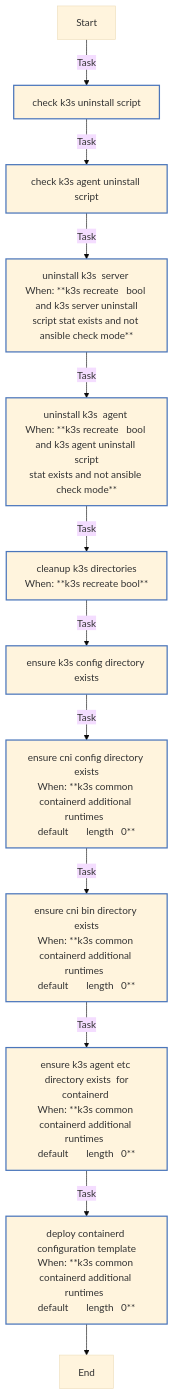
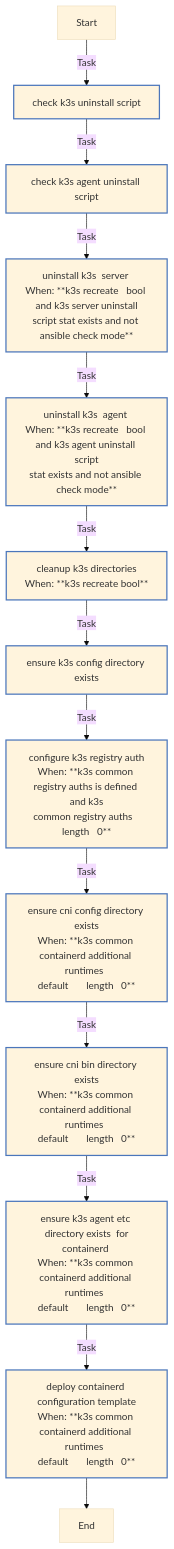
Before and after one commit to rou-cru/k3s-homelab: the diagram in roles/k3s_common/README.md, drawn with Mermaid (base theme). The commit also changed other lines of this file and 41 other files, not shown here.

````diff
--- a/roles/k3s_common/README.md
+++ b/roles/k3s_common/README.md
@@ -85,24 +50,25 @@
 ```mermaid
 flowchart TD
 Start
 classDef block stroke:#3498db,stroke-width:2px;
 classDef task stroke:#4b76bb,stroke-width:2px;
 classDef includeTasks stroke:#16a085,stroke-width:2px;
 classDef importTasks stroke:#34495e,stroke-width:2px;
 classDef includeRole stroke:#2980b9,stroke-width:2px;
 classDef importRole stroke:#699ba7,stroke-width:2px;
 classDef includeVars stroke:#8e44ad,stroke-width:2px;
 classDef rescue stroke:#665352,stroke-width:2px;
 
   Start-->|Task| Check_K3s_uninstall_script0[check k3s uninstall script]:::task
   Check_K3s_uninstall_script0-->|Task| Check_K3s_agent_uninstall_script1[check k3s agent uninstall script]:::task
   Check_K3s_agent_uninstall_script1-->|Task| Uninstall_K3s__Server_2[uninstall k3s  server <br>When: **k3s recreate   bool and k3s server uninstall<br>script stat exists and not ansible check mode**]:::task
   Uninstall_K3s__Server_2-->|Task| Uninstall_K3s__Agent_3[uninstall k3s  agent <br>When: **k3s recreate   bool and k3s agent uninstall script<br>stat exists and not ansible check mode**]:::task
   Uninstall_K3s__Agent_3-->|Task| Cleanup_K3s_directories4[cleanup k3s directories<br>When: **k3s recreate   bool**]:::task
   Cleanup_K3s_directories4-->|Task| Ensure_K3s_config_directory_exists5[ensure k3s config directory exists]:::task
-  Ensure_K3s_config_directory_exists5-->|Task| Ensure_CNI_config_directory_exists6[ensure cni config directory exists<br>When: **k3s common containerd additional runtimes  <br>default       length   0**]:::task
-  Ensure_CNI_config_directory_exists6-->|Task| Ensure_CNI_bin_directory_exists7[ensure cni bin directory exists<br>When: **k3s common containerd additional runtimes  <br>default       length   0**]:::task
-  Ensure_CNI_bin_directory_exists7-->|Task| Ensure_K3s_agent_etc_directory_exists__for_containerd_8[ensure k3s agent etc directory exists  for<br>containerd <br>When: **k3s common containerd additional runtimes  <br>default       length   0**]:::task
-  Ensure_K3s_agent_etc_directory_exists__for_containerd_8-->|Task| Deploy_containerd_configuration_template9[deploy containerd configuration template<br>When: **k3s common containerd additional runtimes  <br>default       length   0**]:::task
-  Deploy_containerd_configuration_template9-->End
+  Ensure_K3s_config_directory_exists5-->|Task| Configure_K3s_registry_auth6[configure k3s registry auth<br>When: **k3s common registry auths is defined and k3s<br>common registry auths   length   0**]:::task
+  Configure_K3s_registry_auth6-->|Task| Ensure_CNI_config_directory_exists7[ensure cni config directory exists<br>When: **k3s common containerd additional runtimes  <br>default       length   0**]:::task
+  Ensure_CNI_config_directory_exists7-->|Task| Ensure_CNI_bin_directory_exists8[ensure cni bin directory exists<br>When: **k3s common containerd additional runtimes  <br>default       length   0**]:::task
+  Ensure_CNI_bin_directory_exists8-->|Task| Ensure_K3s_agent_etc_directory_exists__for_containerd_9[ensure k3s agent etc directory exists  for<br>containerd <br>When: **k3s common containerd additional runtimes  <br>default       length   0**]:::task
+  Ensure_K3s_agent_etc_directory_exists__for_containerd_9-->|Task| Deploy_containerd_configuration_template10[deploy containerd configuration template<br>When: **k3s common containerd additional runtimes  <br>default       length   0**]:::task
+  Deploy_containerd_configuration_template10-->End
 ```
````
